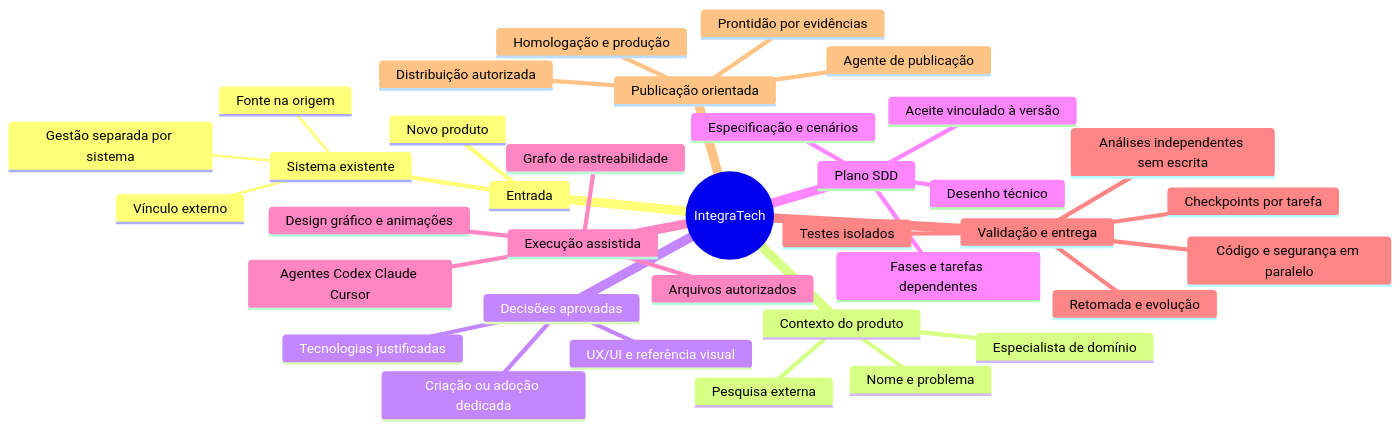
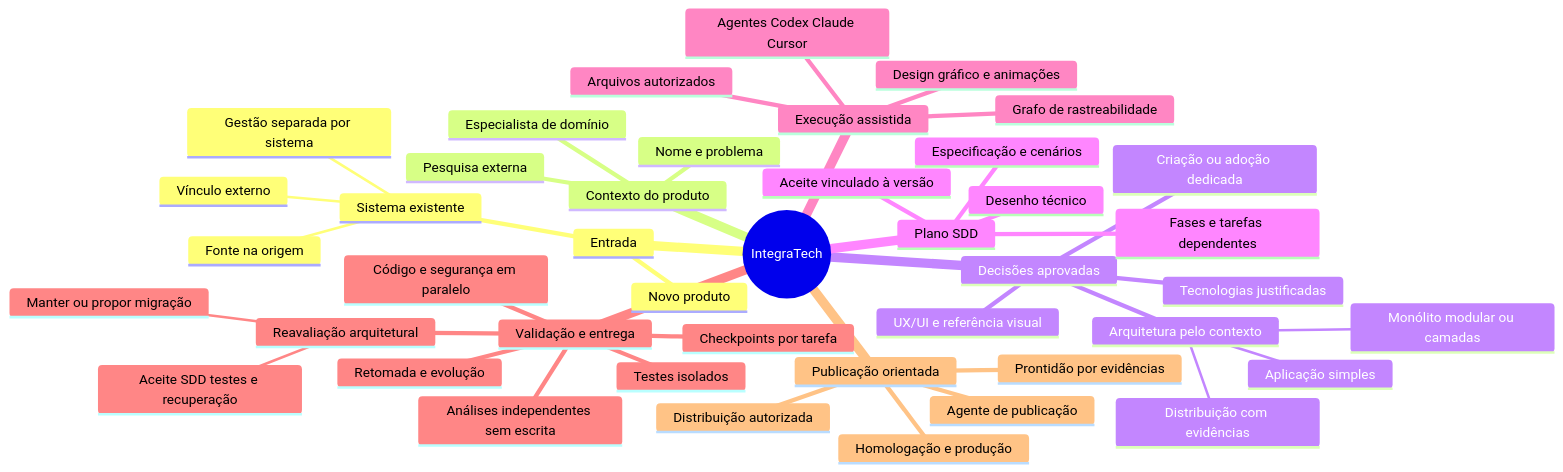
Before and after one commit to erickcremona/IntegraTech: the diagram in README.md, drawn with Mermaid. The commit also changed other lines of this file and 59 other files, not shown here.

Commit message:
feat: select contextual architectures and govern SDD evolution

````diff
--- a/README.md
+++ b/README.md
@@ -16,39 +16,46 @@
 ```mermaid
 mindmap
   root((IntegraTech))
     Entrada
       Novo produto
       Sistema existente
         Vínculo externo
         Fonte na origem
         Gestão separada por sistema
     Contexto do produto
       Nome e problema
       Pesquisa externa
       Especialista de domínio
     Decisões aprovadas
       Tecnologias justificadas
+      Arquitetura pelo contexto
+        Aplicação simples
+        Monólito modular ou camadas
+        Distribuição com evidências
       UX/UI e referência visual
       Criação ou adoção dedicada
     Plano SDD
       Especificação e cenários
       Desenho técnico
       Fases e tarefas dependentes
       Aceite vinculado à versão
     Execução assistida
       Agentes Codex Claude Cursor
       Arquivos autorizados
       Grafo de rastreabilidade
       Design gráfico e animações
     Validação e entrega
       Testes isolados
       Código e segurança em paralelo
       Análises independentes sem escrita
       Checkpoints por tarefa
       Retomada e evolução
+      Reavaliação arquitetural
+        Manter ou propor migração
+        Aceite SDD testes e recuperação
     Publicação orientada
       Agente de publicação
       Prontidão por evidências
       Homologação e produção
       Distribuição autorizada
 ```
````
